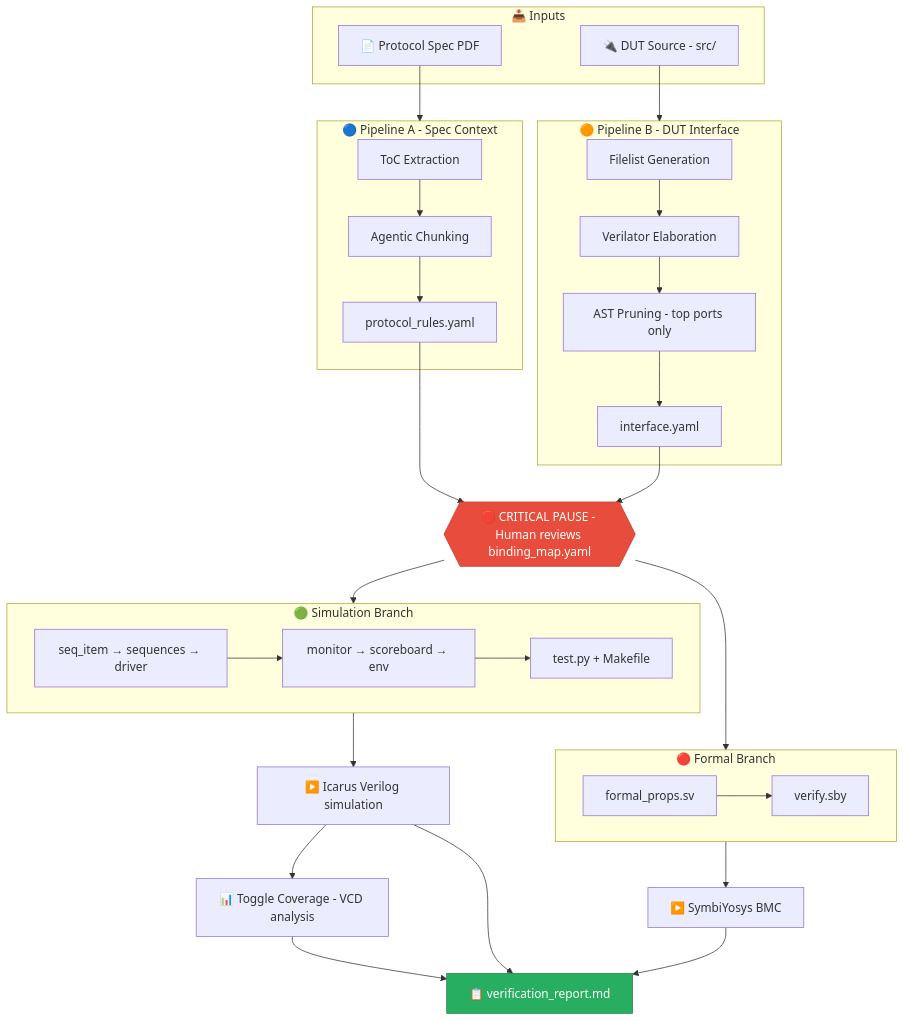
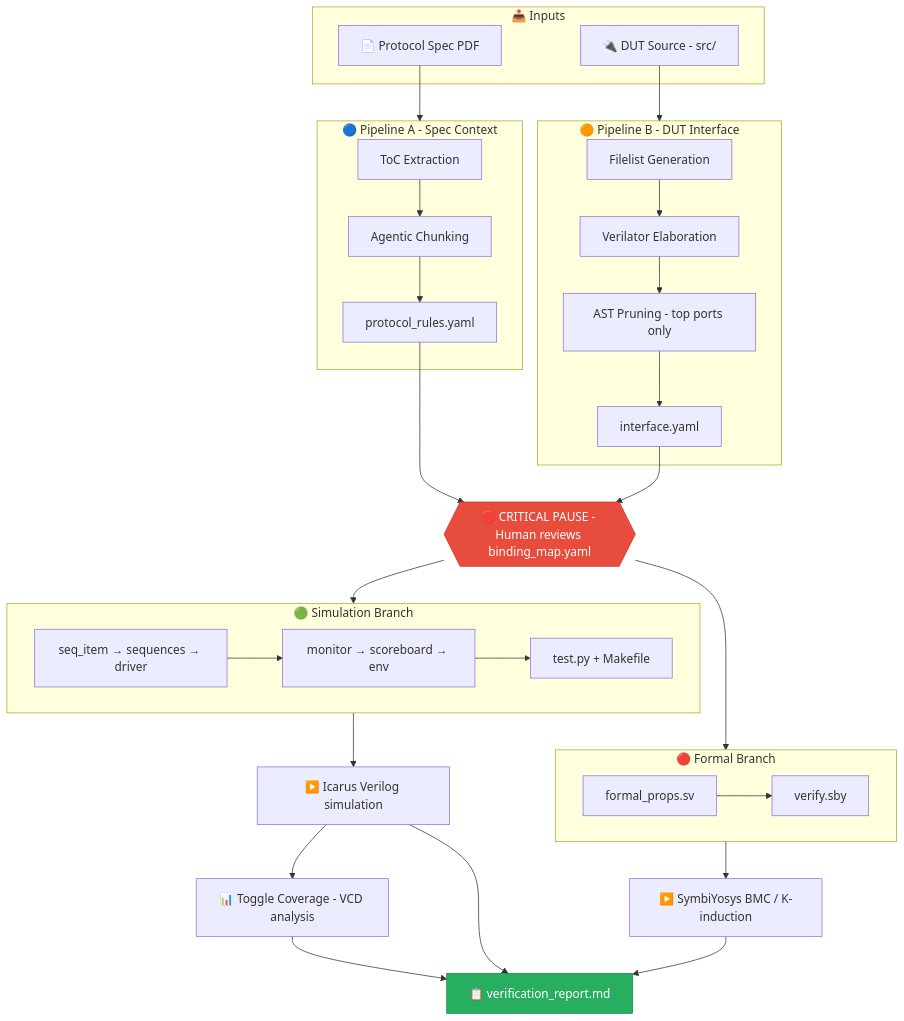
One commit to Aryaman9999/open-verifier changed the first of 5 diagrams in README.md. Above: the diagram before and after it, drawn with Mermaid. The commit also changed other lines of this file and 1 other file, not shown here.

````diff
--- a/README.md
+++ b/README.md
@@ -36,59 +36,59 @@
 ```mermaid
 flowchart TD
     subgraph INPUTS["📥 Inputs"]
         PDF["📄 Protocol Spec PDF"]
         DUT["🔌 DUT Source - src/"]
     end
 
     subgraph PIPELINE_A["🔵 Pipeline A - Spec Context"]
         A1["ToC Extraction"]
         A2["Agentic Chunking"]
         A3["protocol_rules.yaml"]
         A1 --> A2 --> A3
     end
 
     subgraph PIPELINE_B["🟠 Pipeline B - DUT Interface"]
         B1["Filelist Generation"]
         B2["Verilator Elaboration"]
         B3["AST Pruning - top ports only"]
         B4["interface.yaml"]
         B1 --> B2 --> B3 --> B4
     end
 
     PDF --> PIPELINE_A
     DUT --> PIPELINE_B
 
     A3 --> PAUSE
     B4 --> PAUSE
 
     PAUSE{{"🛑 CRITICAL PAUSE - Human reviews binding_map.yaml"}}
 
     PAUSE --> SIM_GEN
     PAUSE --> FORMAL_GEN
 
     subgraph SIM_GEN["🟢 Simulation Branch"]
         S1["seq_item → sequences → driver"]
         S2["monitor → scoreboard → env"]
         S3["test.py + Makefile"]
         S1 --> S2 --> S3
     end
 
     subgraph FORMAL_GEN["🔴 Formal Branch"]
         F1["formal_props.sv"]
         F2["verify.sby"]
         F1 --> F2
     end
 
     SIM_GEN --> SIMULATE["▶️ Icarus Verilog simulation"]
-    FORMAL_GEN --> FORMAL["▶️ SymbiYosys BMC"]
+    FORMAL_GEN --> FORMAL["▶️ SymbiYosys BMC / K-induction"]
     SIMULATE --> TOGGLE["📊 Toggle Coverage - VCD analysis"]
 
     SIMULATE --> REPORT
     FORMAL --> REPORT
     TOGGLE --> REPORT
 
     REPORT["📋 verification_report.md"]
 
     style PAUSE fill:#e74c3c,color:#fff,stroke:#c0392b
     style REPORT fill:#27ae60,color:#fff,stroke:#1e8449
 ```
````
